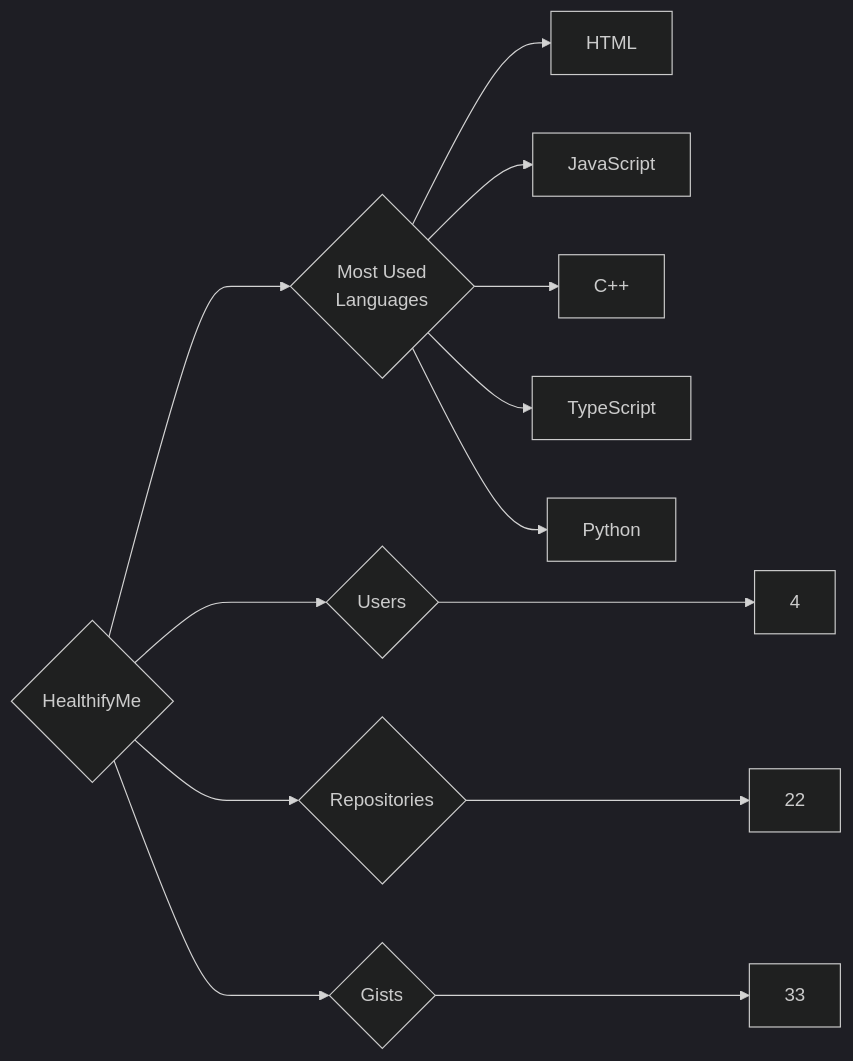
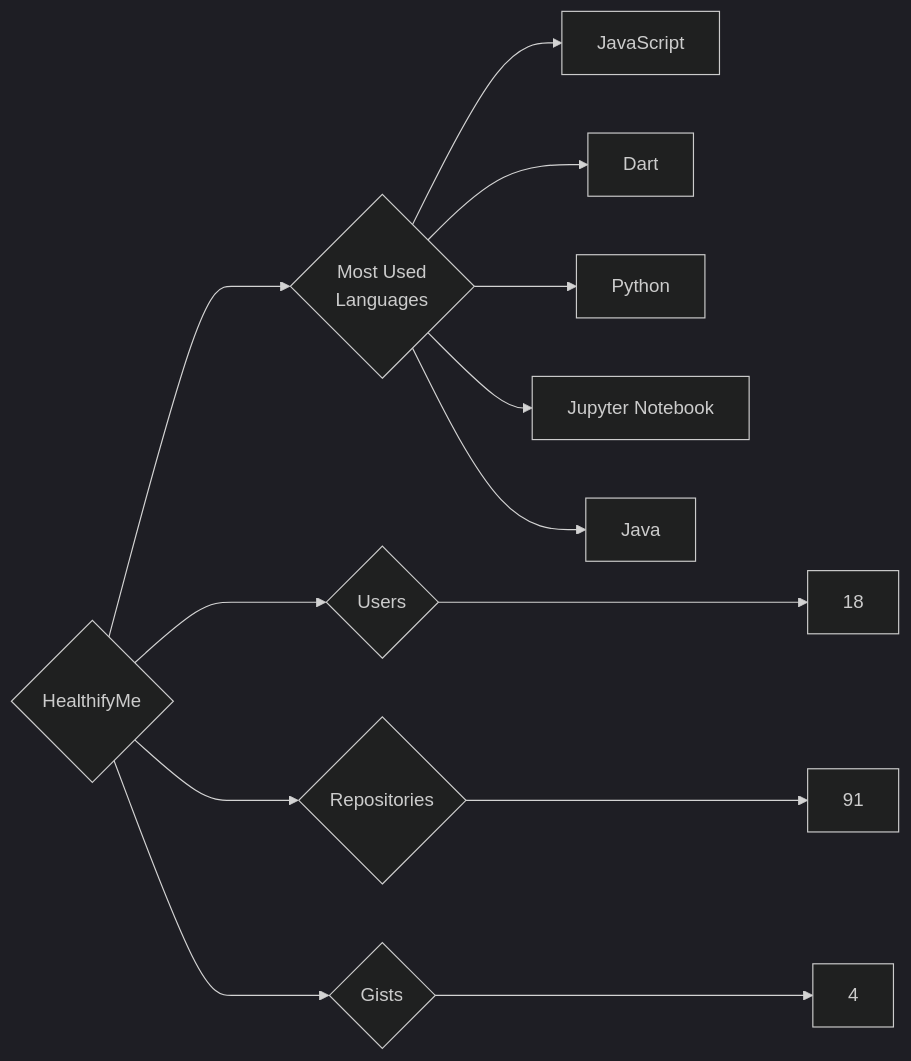
The diagram in targets/HealthifyMe/README.md (trickest/insiders), drawn with Mermaid (dark theme) before and after one commit. The commit also changed 894 other files, not shown here.

````diff
--- a/targets/HealthifyMe/README.md
+++ b/targets/HealthifyMe/README.md
@@ -3,13 +3,13 @@
 ```mermaid
 graph LR
 COMPANY_NAME{HealthifyMe}
-COMPANY_NAME ---> U{Users} ---> UN[4]
-COMPANY_NAME ---> R{Repositories} ---> RN[22]
-COMPANY_NAME ---> G{Gists} ---> GN[33]
+COMPANY_NAME ---> U{Users} ---> UN[18]
+COMPANY_NAME ---> R{Repositories} ---> RN[91]
+COMPANY_NAME ---> G{Gists} ---> GN[4]
 COMPANY_NAME ---> ML{Most Used<br>Languages}
-ML --> HTML[HTML]
 ML --> JavaScript[JavaScript]
-ML --> C++[C++]
-ML --> TypeScript[TypeScript]
+ML --> Dart[Dart]
 ML --> Python[Python]
+ML --> Jupyter_Notebook[Jupyter Notebook]
+ML --> Java[Java]
 ```
````
